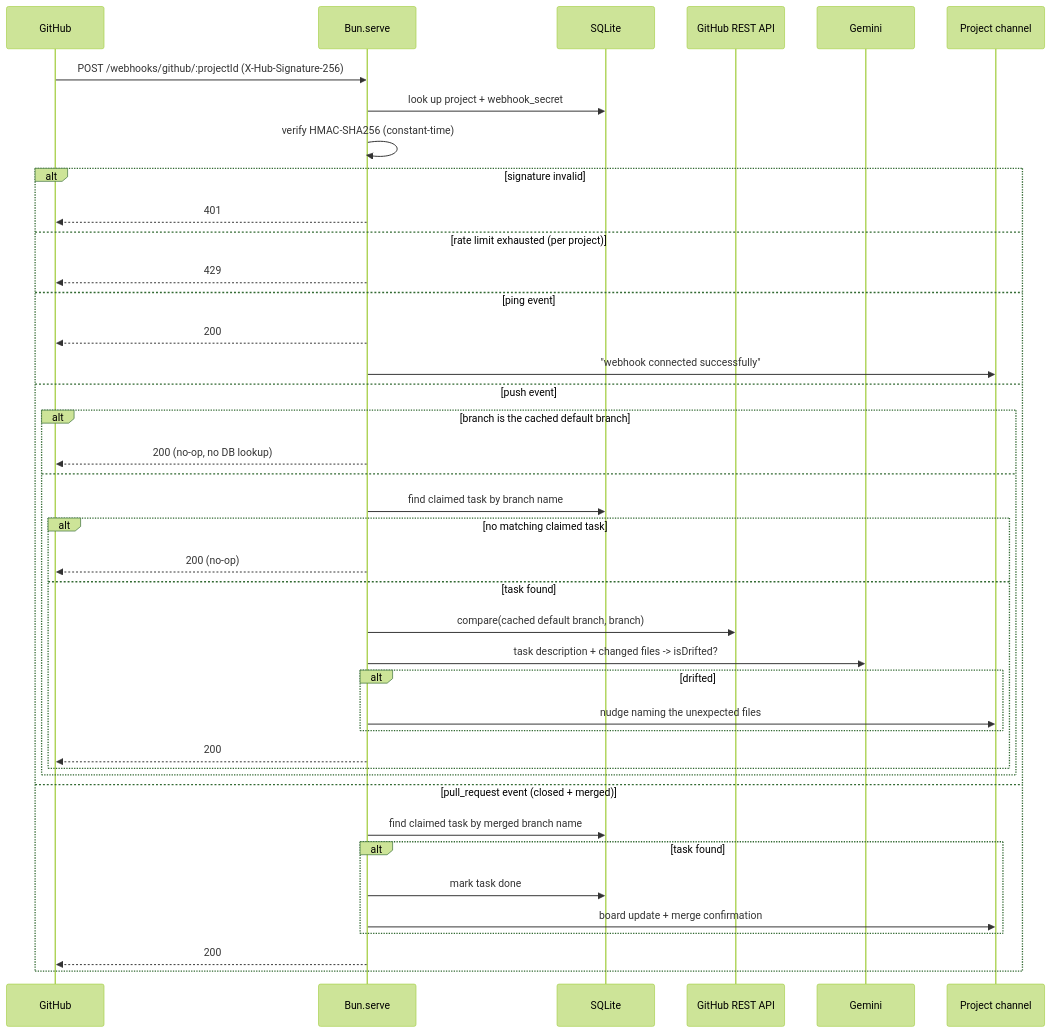
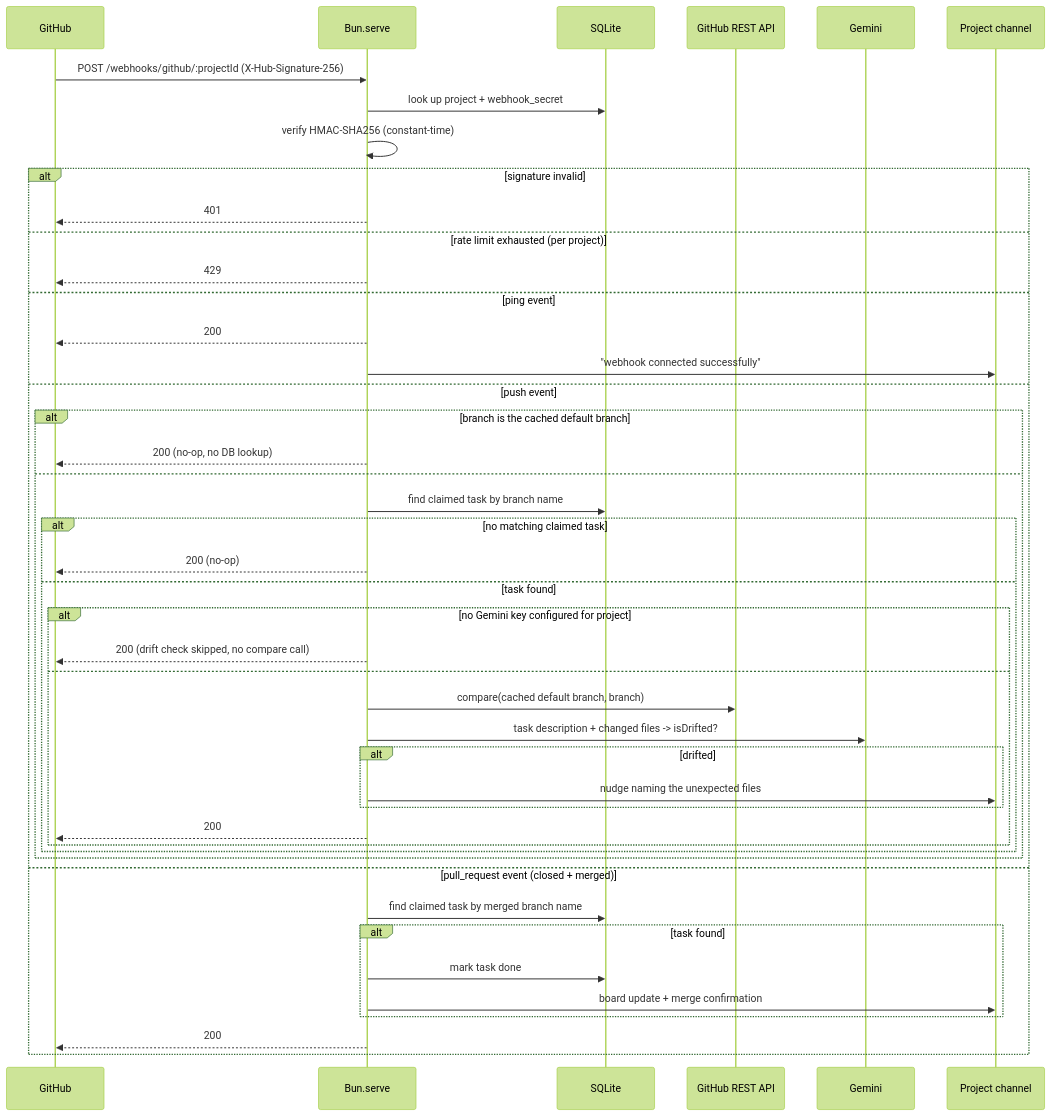
One commit to PratikDev/spud changed the second of 2 diagrams in README.md. Above: the diagram before and after it, drawn with Mermaid (forest theme). The commit also changed other lines of this file, not shown here.

Commit message:
Document the BYO Gemini key feature in README

````diff
--- a/README.md
+++ b/README.md
@@ -83,44 +96,48 @@
 ```mermaid
 sequenceDiagram
     participant GH as GitHub
     participant HTTP as Bun.serve
     participant DB as SQLite
     participant API as GitHub REST API
     participant LLM as Gemini
     participant Discord as Project channel
 
     GH->>HTTP: POST /webhooks/github/:projectId (X-Hub-Signature-256)
     HTTP->>DB: look up project + webhook_secret
     HTTP->>HTTP: verify HMAC-SHA256 (constant-time)
     alt signature invalid
         HTTP-->>GH: 401
     else rate limit exhausted (per project)
         HTTP-->>GH: 429
     else ping event
         HTTP-->>GH: 200
         HTTP->>Discord: "webhook connected successfully"
     else push event
         alt branch is the cached default branch
             HTTP-->>GH: 200 (no-op, no DB lookup)
         else
             HTTP->>DB: find claimed task by branch name
             alt no matching claimed task
                 HTTP-->>GH: 200 (no-op)
             else task found
-                HTTP->>API: compare(cached default branch, branch)
-                HTTP->>LLM: task description + changed files -> isDrifted?
-                alt drifted
-                    HTTP->>Discord: nudge naming the unexpected files
+                alt no Gemini key configured for project
+                    HTTP-->>GH: 200 (drift check skipped, no compare call)
+                else
+                    HTTP->>API: compare(cached default branch, branch)
+                    HTTP->>LLM: task description + changed files -> isDrifted?
+                    alt drifted
+                        HTTP->>Discord: nudge naming the unexpected files
+                    end
+                    HTTP-->>GH: 200
                 end
-                HTTP-->>GH: 200
             end
         end
     else pull_request event (closed + merged)
         HTTP->>DB: find claimed task by merged branch name
         alt task found
             HTTP->>DB: mark task done
             HTTP->>Discord: board update + merge confirmation
         end
         HTTP-->>GH: 200
     end
 ```
````
